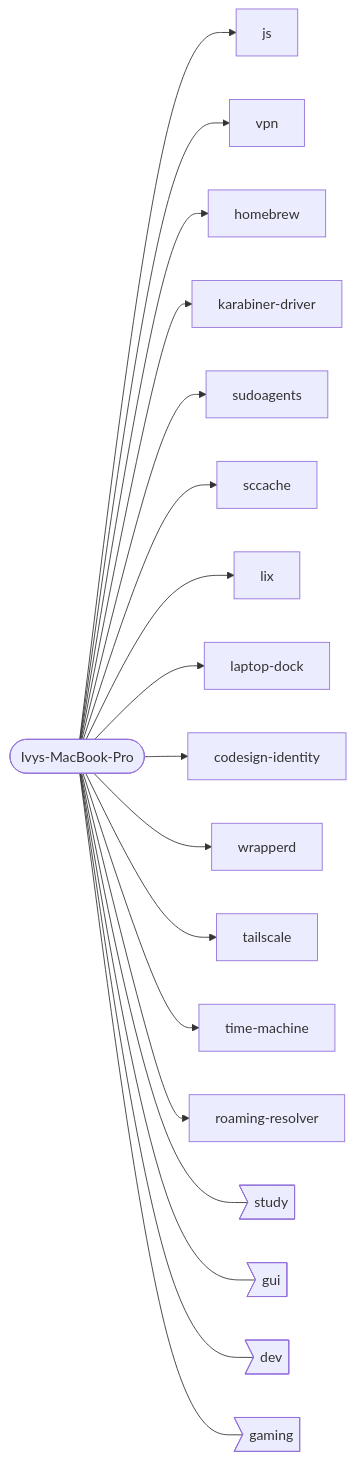
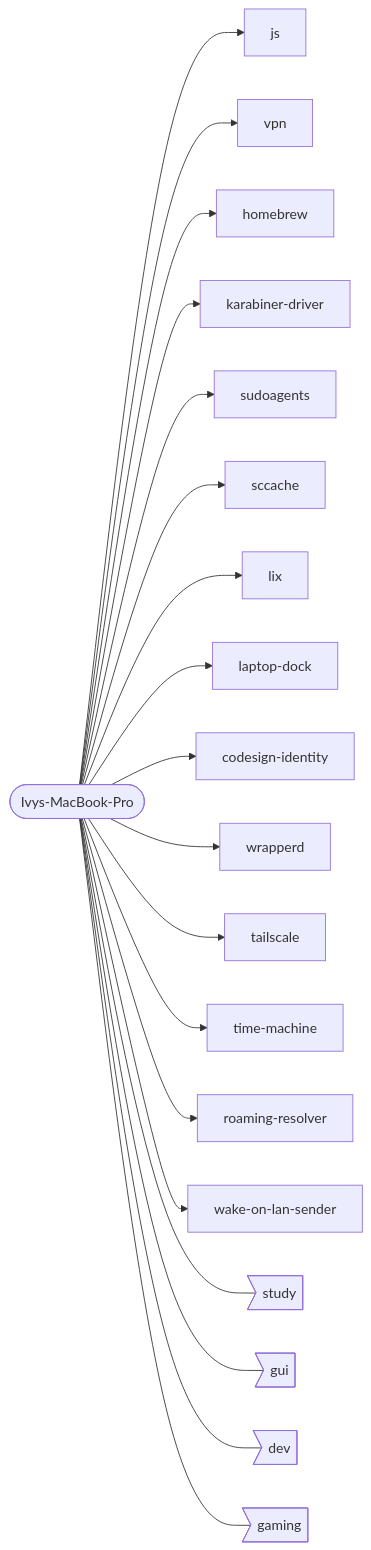
One commit to auscyber/dotfiles changed the second of 13 diagrams in README.md. Above: the diagram before and after it, drawn with Mermaid. The commit also changed other lines of this file and 6 other files, not shown here.

````diff
--- a/README.md
+++ b/README.md
@@ -230,21 +231,22 @@
 ```mermaid
 graph LR
   root([Ivys-MacBook-Pro])
   root --> n93f8bb0eb2["js"]
   root --> n3fe17355b4["vpn"]
   root --> n888b49455d["homebrew"]
   root --> n9157d01ca8["karabiner-driver"]
   root --> n913670faf1["sudoagents"]
   root --> nec96afcdf4["sccache"]
   root --> n17bca5cc46["lix"]
   root --> na4dcdabd33["laptop-dock"]
   root --> nb856ab6f82["codesign-identity"]
   root --> n169ce1a1c4["wrapperd"]
   root --> n15f90b1816["tailscale"]
   root --> n600ee077cd["time-machine"]
   root --> n9da8774360["roaming-resolver"]
+  root --> nb1395d6d2c["wake-on-lan-sender"]
   root --- n885534c19d>"study"]
   root --- nd6a7af1345>"gui"]
   root --- n34c6fceca7>"dev"]
   root --- n47618c808d>"gaming"]
 ```
````
